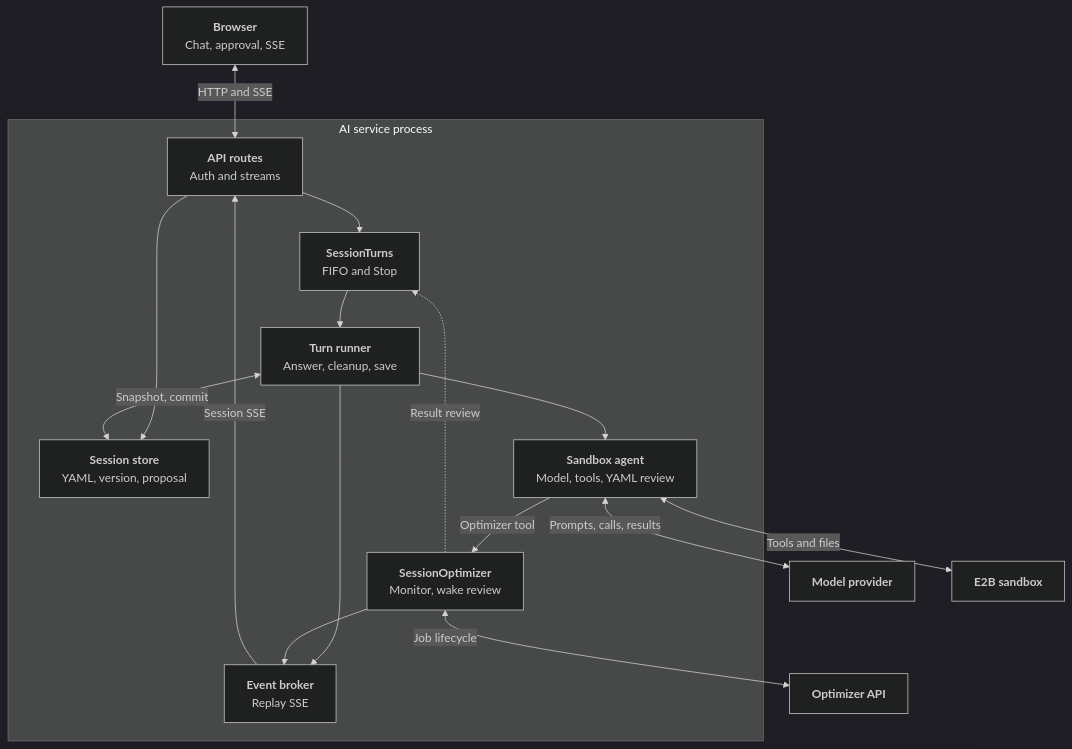
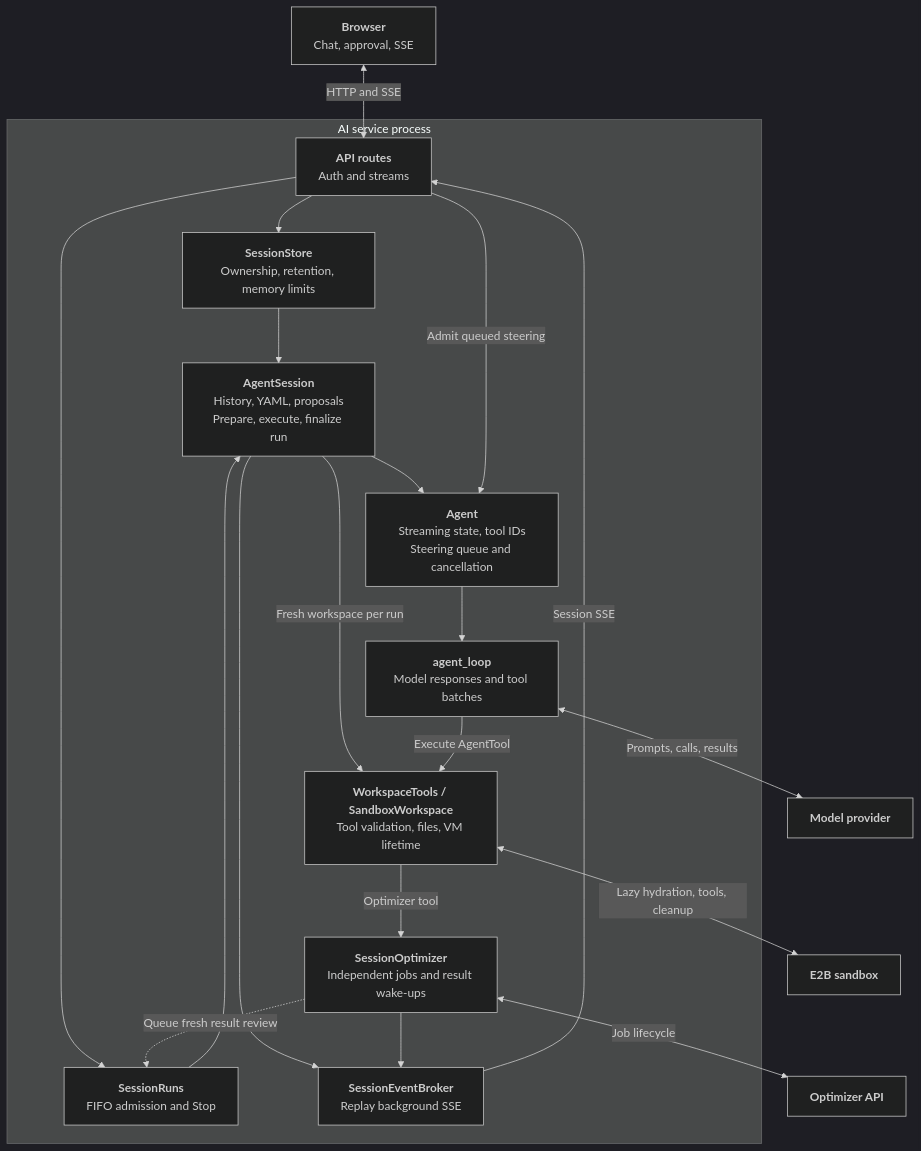
Before and after one commit to j3soon/nurse-scheduling: the second of 7 diagrams in docs/content/developer-guide/ai-assistant.md, drawn with Mermaid (dark theme). The commit also changed other lines of this file and 20 other files, not shown here.

First line of the commit message:
refactor(core/ai): organize execution around Agent and AgentSession

````diff
--- a/docs/content/developer-guide/ai-assistant.md
+++ b/docs/content/developer-guide/ai-assistant.md
@@ -82,32 +87,37 @@
 ```mermaid
 flowchart TB
     Browser[<b>Browser</b><br/>Chat, approval, SSE]
 
     subgraph Service[AI service process]
         Routes[<b>API routes</b><br/>Auth and streams]
-        Sessions[<b>Session store</b><br/>YAML, version, proposal]
-        Queue[<b>SessionTurns</b><br/>FIFO and Stop]
-        Runner[<b>Turn runner</b><br/>Answer, cleanup, save]
-        Agent[<b>Sandbox agent</b><br/>Model, tools, YAML review]
-        Jobs[<b>SessionOptimizer</b><br/>Monitor, wake review]
-        Events[<b>Event broker</b><br/>Replay SSE]
+        Store[<b>SessionStore</b><br/>Ownership, retention, memory limits]
+        Queue[<b>SessionRuns</b><br/>FIFO admission and Stop]
+        Session[<b>AgentSession</b><br/>History, YAML, proposals<br/>Prepare, execute, finalize run]
+        Agent[<b>Agent</b><br/>Streaming state, tool IDs<br/>Steering queue and cancellation]
+        Loop[<b>agent_loop</b><br/>Model responses and tool batches]
+        Workspace[<b>WorkspaceTools / SandboxWorkspace</b><br/>Tool validation, files, VM lifetime]
+        Jobs[<b>SessionOptimizer</b><br/>Independent jobs and result wake-ups]
+        Events[<b>SessionEventBroker</b><br/>Replay background SSE]
 
-        Routes --> Queue --> Runner --> Agent
-        Routes --> Sessions
-        Runner <-->|Snapshot, commit| Sessions
-        Agent -->|Optimizer tool| Jobs
-        Jobs -.->|Result review| Queue
-        Runner --> Events
+        Routes --> Store --> Session
+        Routes --> Queue --> Session
+        Session -->|Fresh workspace per run| Workspace
+        Session --> Agent --> Loop
+        Routes -->|Admit queued steering| Agent
+        Loop -->|Execute AgentTool| Workspace
+        Workspace -->|Optimizer tool| Jobs
+        Jobs -.->|Queue fresh result review| Queue
+        Session --> Events
         Jobs --> Events
         Events -->|Session SSE| Routes
     end
 
     Provider[<b>Model provider</b>]
     E2B[<b>E2B sandbox</b>]
     Optimizer[<b>Optimizer API</b>]
 
     Browser <-->|HTTP and SSE| Routes
-    Agent <-->|Prompts, calls, results| Provider
-    Agent <-->|Tools and files| E2B
+    Loop <-->|Prompts, calls, results| Provider
+    Workspace <-->|Lazy hydration, tools, cleanup| E2B
     Jobs <-->|Job lifecycle| Optimizer
 ```
````
